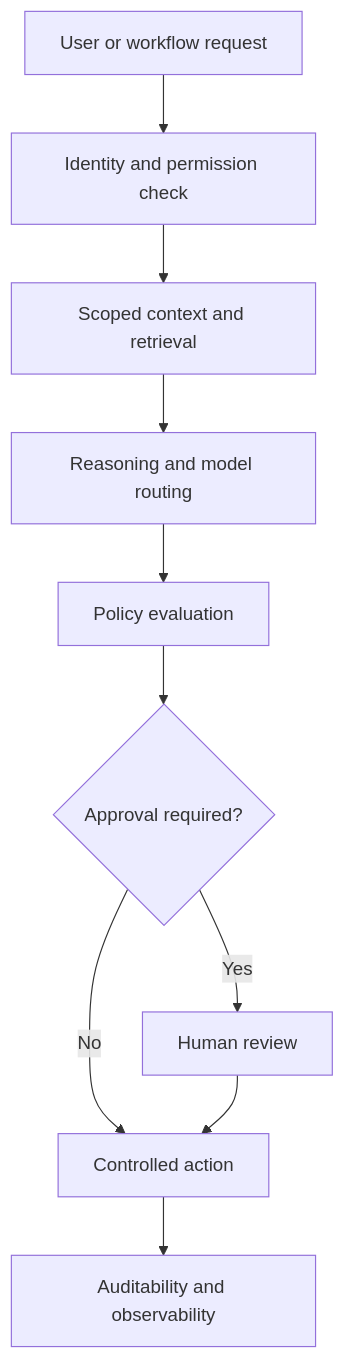
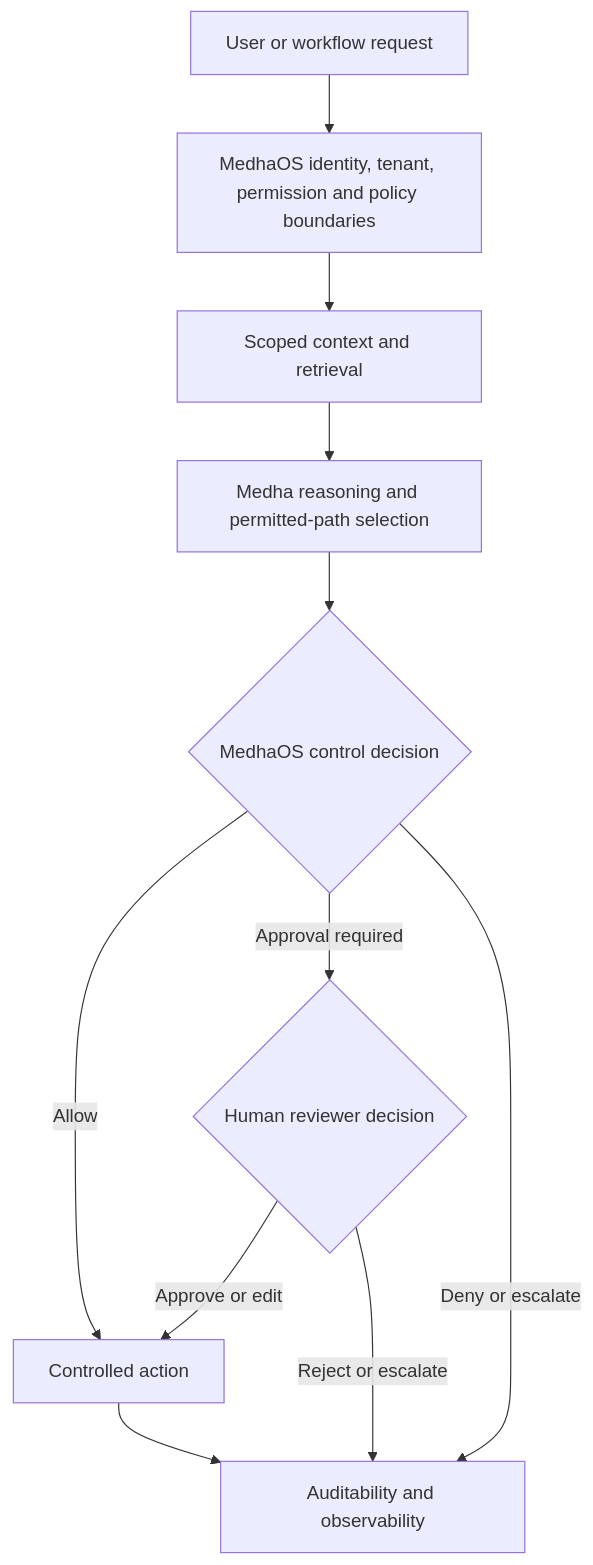
The diagram in whitepapers/governed-enterprise-ai.md (sastra-innovations/sastra-public-docs), drawn with Mermaid before and after one commit. The commit also changed other lines of this file and 14 other files, not shown here.

````diff
--- a/whitepapers/governed-enterprise-ai.md
+++ b/whitepapers/governed-enterprise-ai.md
@@ -28,12 +28,13 @@
 ```mermaid
 flowchart TD
-  Request["User or workflow request"] --> Identity["Identity and permission check"]
-  Identity --> Context["Scoped context and retrieval"]
-  Context --> Reasoning["Reasoning and model routing"]
-  Reasoning --> Policy["Policy evaluation"]
-  Policy --> Approval{"Approval required?"}
-  Approval -->|Yes| Human["Human review"]
-  Approval -->|No| Action["Controlled action"]
-  Human --> Action
-  Action --> Audit["Auditability and observability"]
+  Request["User or workflow request"] --> OS1["MedhaOS identity, tenant, permission and policy boundaries"]
+  OS1 --> Context["Scoped context and retrieval"]
+  Context --> Reasoning["Medha reasoning and permitted-path selection"]
+  Reasoning --> Decision{"MedhaOS control decision"}
+  Decision -->|Allow| Action["Controlled action"]
+  Decision -->|Approval required| Human{"Human reviewer decision"}
+  Decision -->|Deny or escalate| Audit["Auditability and observability"]
+  Human -->|Approve or edit| Action
+  Human -->|Reject or escalate| Audit
+  Action --> Audit
 ```
````
